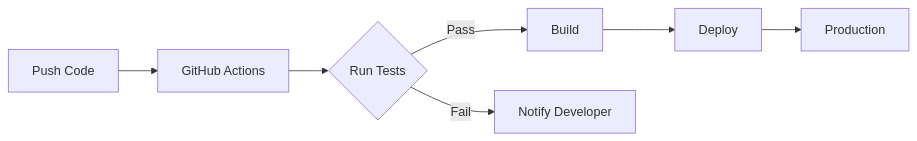
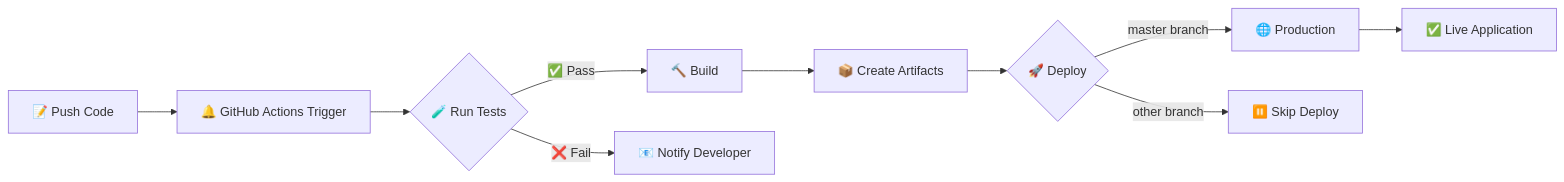
Before and after one commit to engrmumtazali0112/Flask-CI-CD-Demo-Application: the diagram in README.md, drawn with Mermaid. The commit also changed other lines of this file and 6 other files, not shown here.

````diff
--- a/README.md
+++ b/README.md
@@ -282,9 +341,12 @@
 ```mermaid
 graph LR
-    A[Push Code] --> B[GitHub Actions]
-    B --> C{Run Tests}
-    C -->|Pass| D[Build]
-    C -->|Fail| E[Notify Developer]
-    D --> F[Deploy]
-    F --> G[Production]
+    A[📝 Push Code] --> B[🔔 GitHub Actions Trigger]
+    B --> C{🧪 Run Tests}
+    C -->|✅ Pass| D[🔨 Build]
+    C -->|❌ Fail| E[📧 Notify Developer]
+    D --> F[📦 Create Artifacts]
+    F --> G{🚀 Deploy}
+    G -->|master branch| H[🌐 Production]
+    G -->|other branch| I[⏸️ Skip Deploy]
+    H --> J[✅ Live Application]
 ```
````
